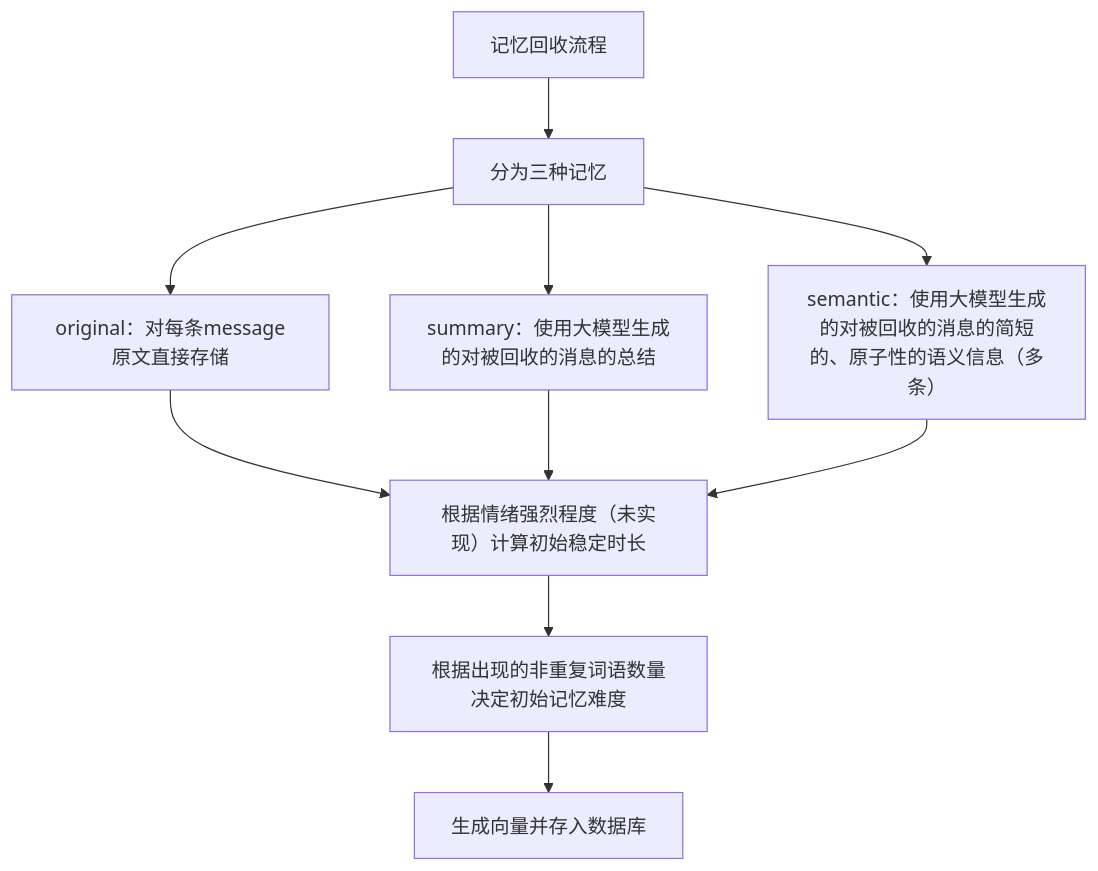
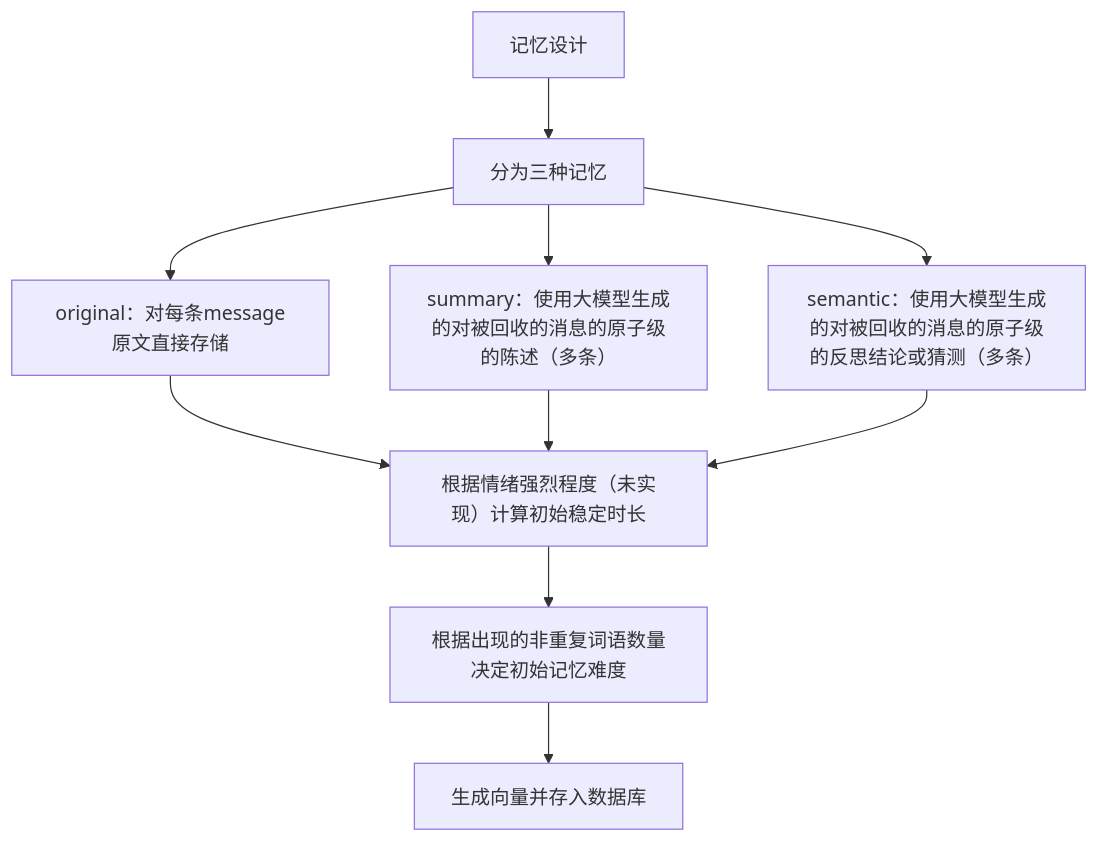
The fourth of 5 diagrams in README.md (Bartzh/become-human), drawn with Mermaid before and after one commit. The commit also changed other lines of this file and 27 other files, not shown here.

````diff
--- a/README.md
+++ b/README.md
@@ -94,12 +96,12 @@
 ```mermaid
 flowchart TD
-    A1[记忆回收流程] --> C1[分为三种记忆]
+    A1[记忆设计] --> C1[分为三种记忆]
     C1 --> D1[original：对每条message原文直接存储]
-    C1 --> D2[summary：使用大模型生成的对被回收的消息的总结]
-    C1 --> D3[semantic：使用大模型生成的对被回收的消息的简短的、原子性的语义信息（多条）]
+    C1 --> D2[summary：使用大模型生成的对被回收的消息的原子级的陈述（多条）]
+    C1 --> D3[semantic：使用大模型生成的对被回收的消息的原子级的反思结论或猜测（多条）]
     D1 --> E1[根据情绪强烈程度（未实现）计算初始稳定时长]
     D2 --> E1
     D3 --> E1
     E1 --> F1[根据出现的非重复词语数量决定初始记忆难度]
     F1 --> G1[生成向量并存入数据库]
 ```
````
